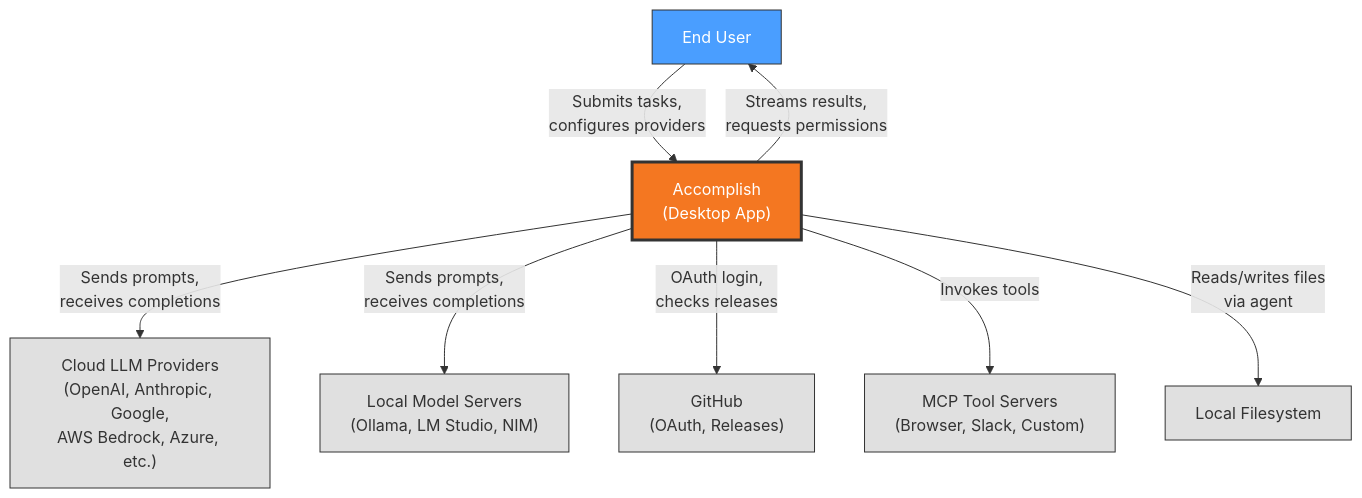
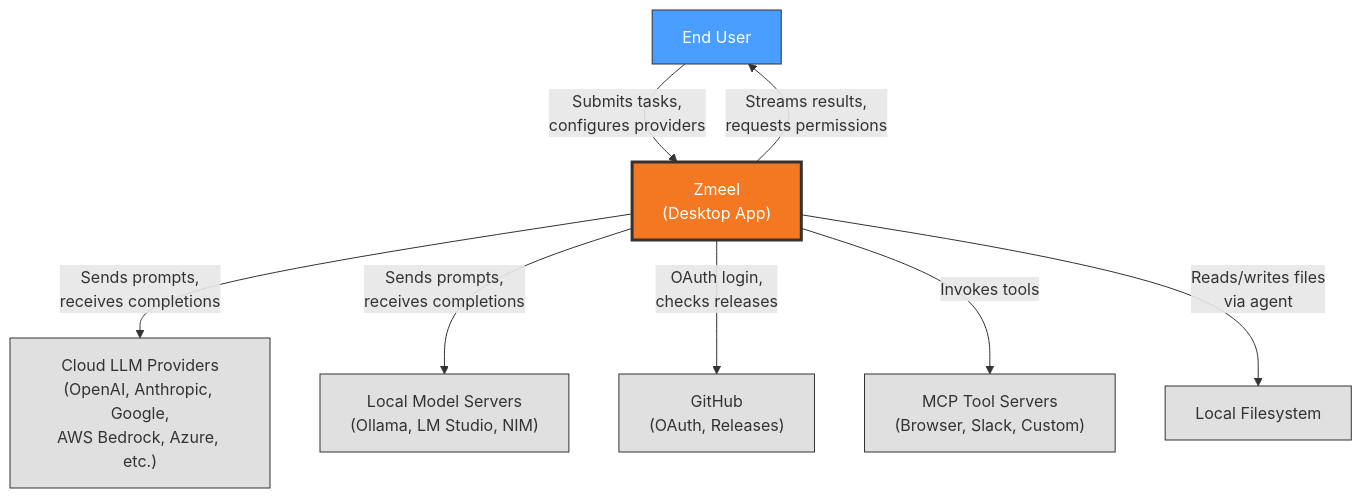
One commit to samskipsai/zmeelv60 changed the first of 5 diagrams in AD.md. Above: the diagram before and after it, drawn with Mermaid. The commit also changed other lines of this file and 520 other files, not shown here.

First line of the commit message:
rebrand: Accomplish -> Zmeel Desktop

````diff
--- a/AD.md
+++ b/AD.md
@@ -91,28 +91,28 @@
 ```mermaid
 graph TD
     User["End User"]
 
-    System["Accomplish<br/>(Desktop App)"]
+    System["Zmeel<br/>(Desktop App)"]
 
     CloudLLM["Cloud LLM Providers<br/>(OpenAI, Anthropic, Google,<br/>AWS Bedrock, Azure, etc.)"]
     LocalLLM["Local Model Servers<br/>(Ollama, LM Studio, NIM)"]
     GitHub["GitHub<br/>(OAuth, Releases)"]
     MCPServers["MCP Tool Servers<br/>(Browser, Slack, Custom)"]
     Filesystem["Local Filesystem"]
 
     User -->|"Submits tasks,<br/>configures providers"| System
     System -->|"Streams results,<br/>requests permissions"| User
     System -->|"Sends prompts,<br/>receives completions"| CloudLLM
     System -->|"Sends prompts,<br/>receives completions"| LocalLLM
     System -->|"OAuth login,<br/>checks releases"| GitHub
     System -->|"Invokes tools"| MCPServers
     System -->|"Reads/writes files<br/>via agent"| Filesystem
 
     classDef systemNode fill:#f47721,stroke:#333,stroke-width:3px,color:#fff
     classDef stakeholderNode fill:#4a9eff,stroke:#333,stroke-width:1px,color:#fff
     classDef externalNode fill:#e0e0e0,stroke:#333,stroke-width:1px
 
     class System systemNode
     class User stakeholderNode
     class CloudLLM,LocalLLM,GitHub,MCPServers,Filesystem externalNode
 ```
````
